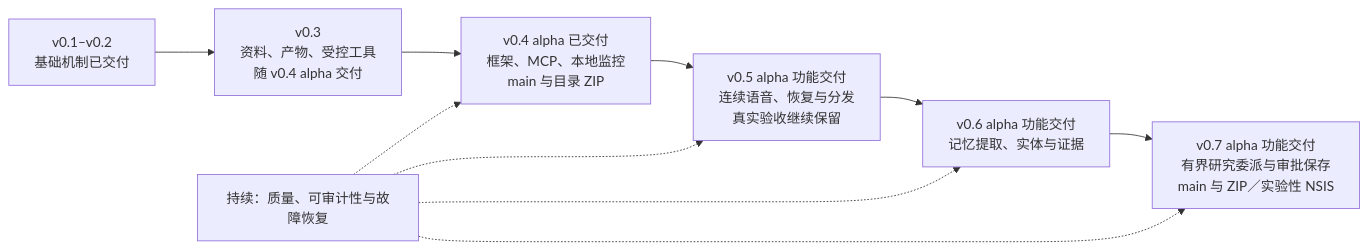
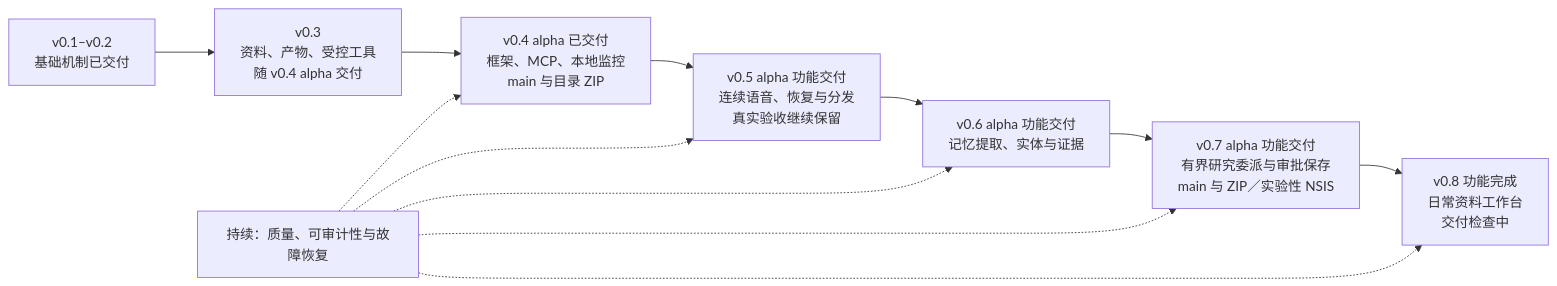
Before and after one commit to MuzeAnisichael/GreatSage: the diagram in docs/roadmap.md, drawn with Mermaid. The commit also changed other lines of this file and 7 other files, not shown here.

````diff
--- a/docs/roadmap.md
+++ b/docs/roadmap.md
@@ -18,12 +19,14 @@
 ```mermaid
 flowchart LR
     A["v0.1–v0.2<br/>基础机制已交付"] --> B["v0.3<br/>资料、产物、受控工具<br/>随 v0.4 alpha 交付"]
     B --> C["v0.4 alpha 已交付<br/>框架、MCP、本地监控<br/>main 与目录 ZIP"]
     C --> D["v0.5 alpha 功能交付<br/>连续语音、恢复与分发<br/>真实验收继续保留"]
     D --> E["v0.6 alpha 功能交付<br/>记忆提取、实体与证据"]
     E --> F["v0.7 alpha 功能交付<br/>有界研究委派与审批保存<br/>main 与 ZIP／实验性 NSIS"]
+    F --> G["v0.8 功能完成<br/>日常资料工作台<br/>交付检查中"]
     R["持续：质量、可审计性与故障恢复"] -.-> C
     R -.-> D
     R -.-> E
     R -.-> F
+    R -.-> G
 ```
````
